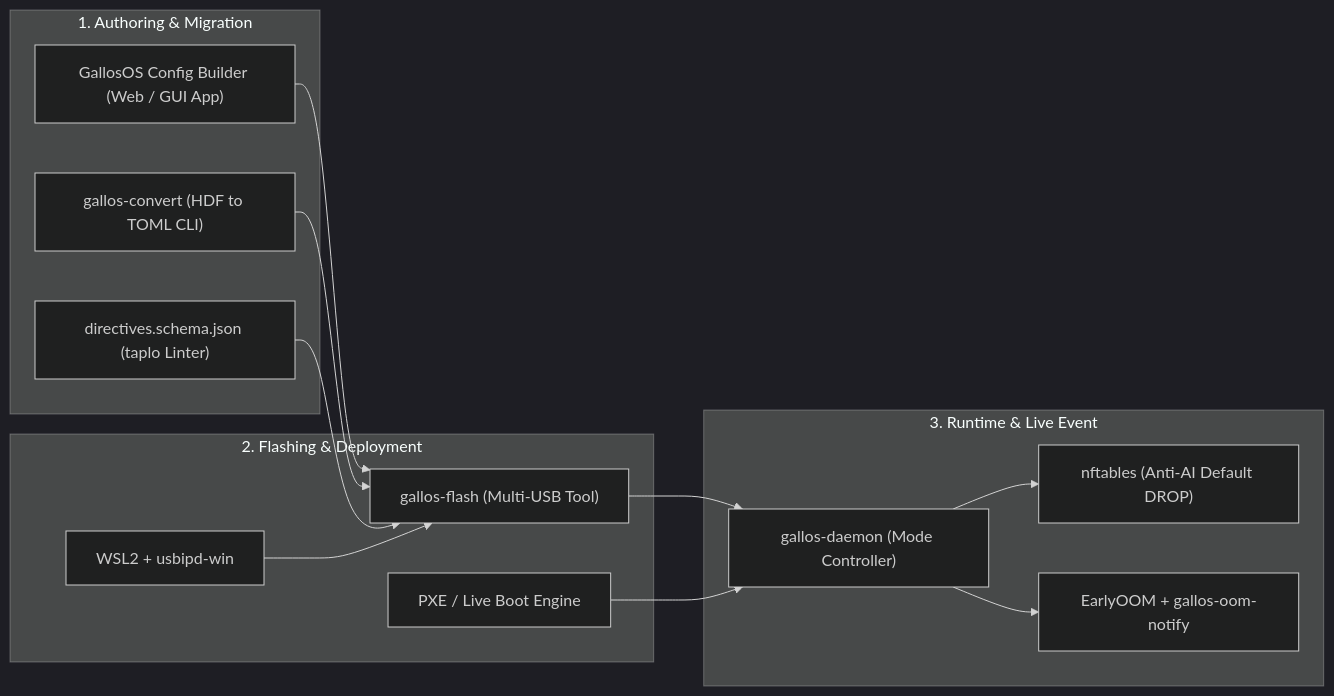
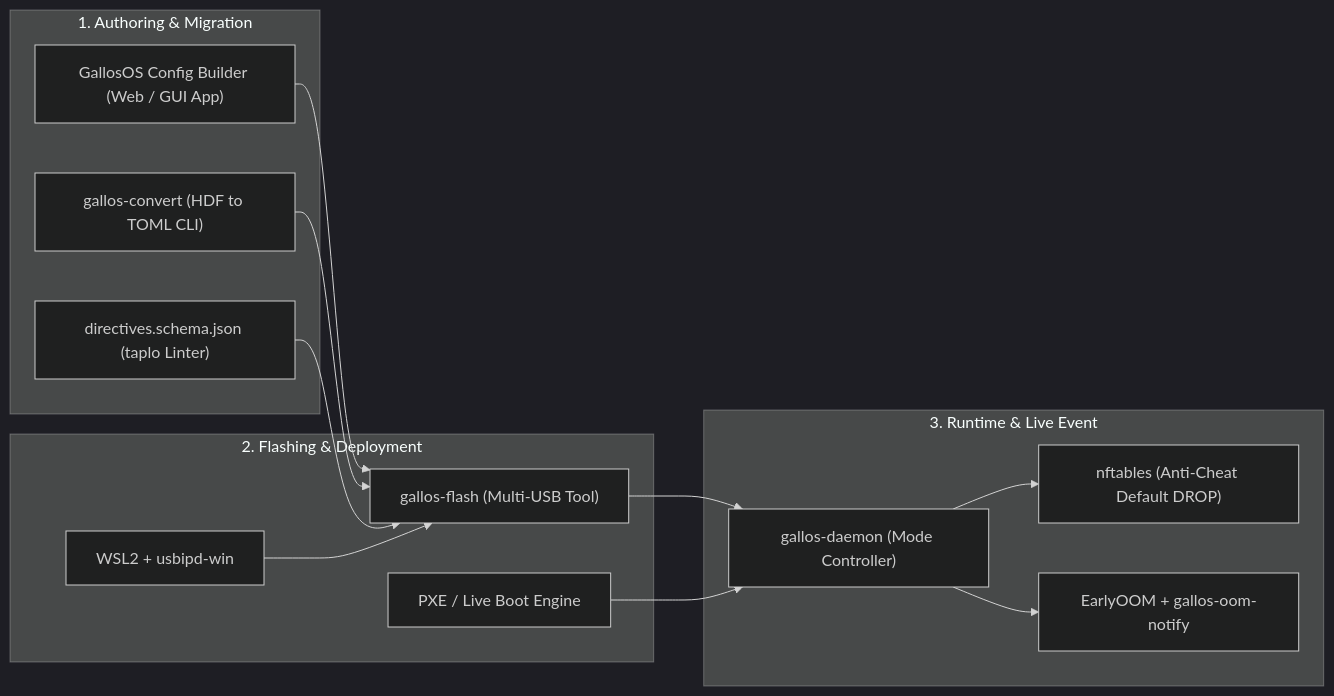
One commit to CPC-GALLOS/GallosOS changed the first of 3 diagrams in docs/CONFIG_SPEC.md. Above: the diagram before and after it, drawn with Mermaid (dark theme). The commit also changed other lines of this file and 14 other files, not shown here.

First line of the commit message:
docs: standardize Anti-Cheat terminology, sub-URL filters, and macro threats

````diff
--- a/docs/CONFIG_SPEC.md
+++ b/docs/CONFIG_SPEC.md
@@ -114,29 +115,29 @@
 ```mermaid
 graph LR
     subgraph "1. Authoring & Migration"
         Studio["GallosOS Config Builder (Web / GUI App)"]
         Convert["gallos-convert (HDF to TOML CLI)"]
         Schema["directives.schema.json (taplo Linter)"]
     end
 
     subgraph "2. Flashing & Deployment"
         Flasher["gallos-flash (Multi-USB Tool)"]
         WSL["WSL2 + usbipd-win"]
         Netboot["PXE / Live Boot Engine"]
     end
 
     subgraph "3. Runtime & Live Event"
         Daemon["gallos-daemon (Mode Controller)"]
-        Firewall["nftables (Anti-AI Default DROP)"]
+        Firewall["nftables (Anti-Cheat Default DROP)"]
         OOM["EarlyOOM + gallos-oom-notify"]
     end
 
     Studio --> Flasher
     Convert --> Flasher
     Schema --> Flasher
     Flasher --> Daemon
     WSL --> Flasher
     Netboot --> Daemon
     Daemon --> Firewall
     Daemon --> OOM
 ```
````
